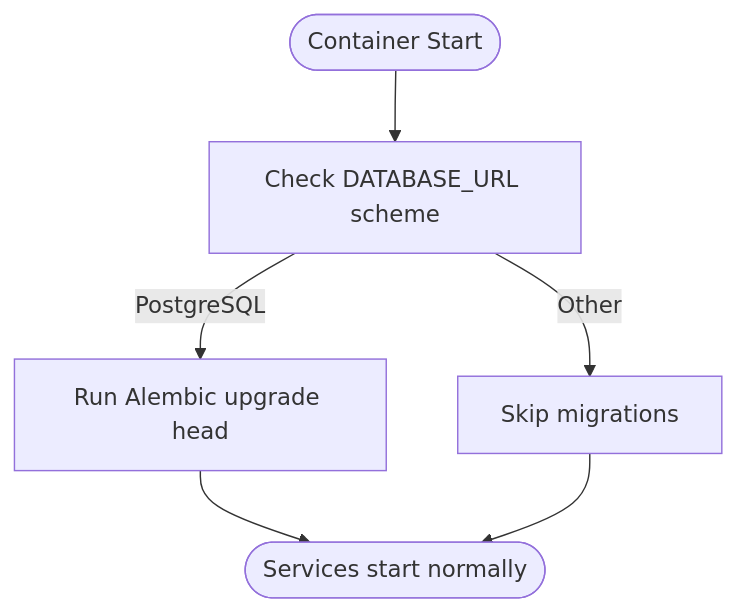
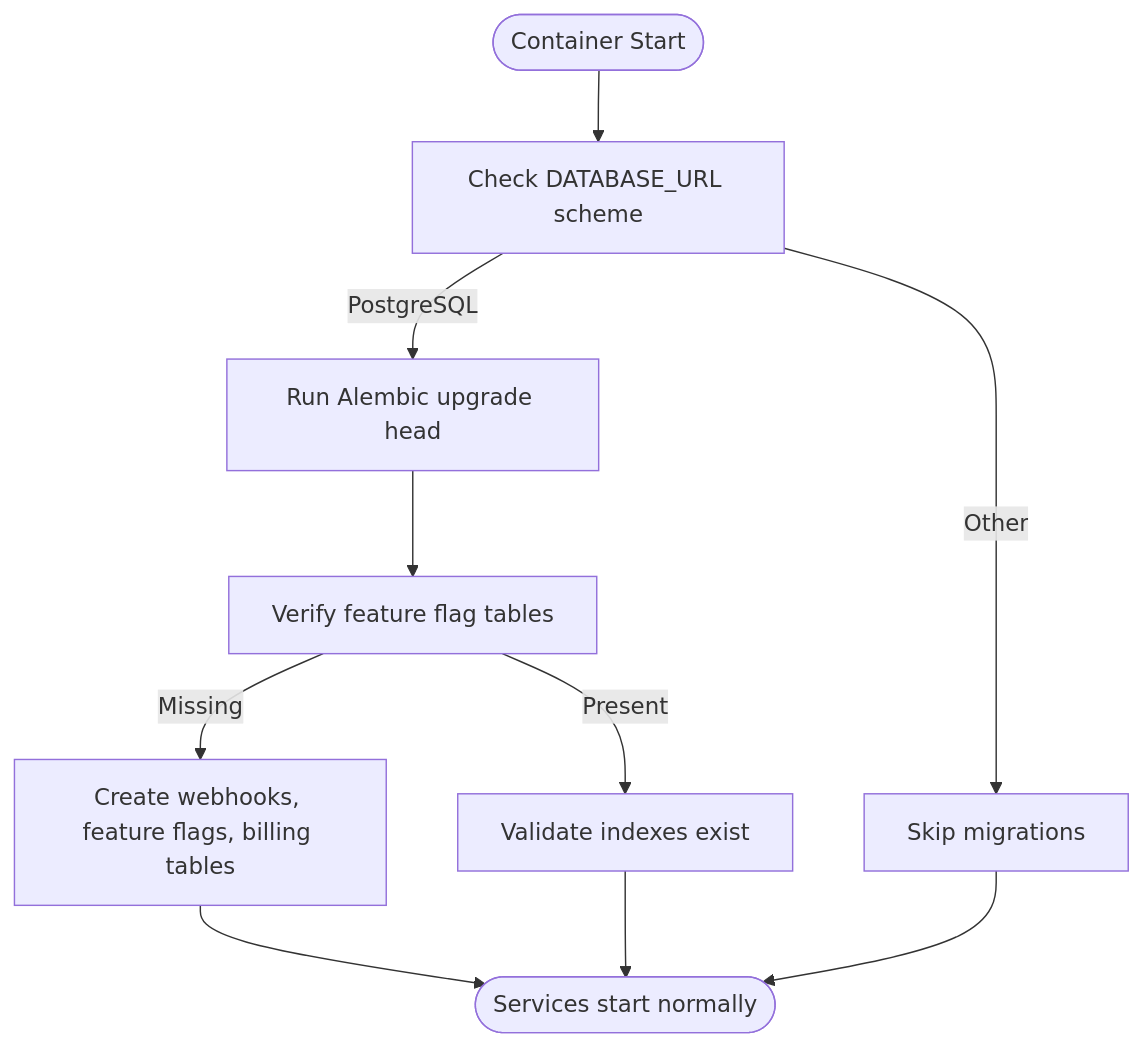
Before and after one commit to Revanththetalogics/aireume: the fourth of 5 diagrams in .qoder/repowiki/en/content/Deployment & DevOps/Production Deployment.md, drawn with Mermaid. The commit also changed other lines of this file and 4 other files, not shown here.

````diff
--- a/.qoder/repowiki/en/content/Deployment & DevOps/Production Deployment.md
+++ b/.qoder/repowiki/en/content/Deployment & DevOps/Production Deployment.md
@@ -253,8 +269,12 @@
 ```mermaid
 flowchart TD
 Start(["Container Start"]) --> CheckURL["Check DATABASE_URL scheme"]
 CheckURL --> |PostgreSQL| RunMigrations["Run Alembic upgrade head"]
 CheckURL --> |Other| SkipMigrations["Skip migrations"]
-RunMigrations --> Ready(["Services start normally"])
+RunMigrations --> CheckSchema["Verify feature flag tables"]
+CheckSchema --> |Missing| CreateTables["Create webhooks, feature flags, billing tables"]
+CheckSchema --> |Present| ValidateIndexes["Validate indexes exist"]
+CreateTables --> Ready(["Services start normally"])
+ValidateIndexes --> Ready
 SkipMigrations --> Ready
 ```
````
